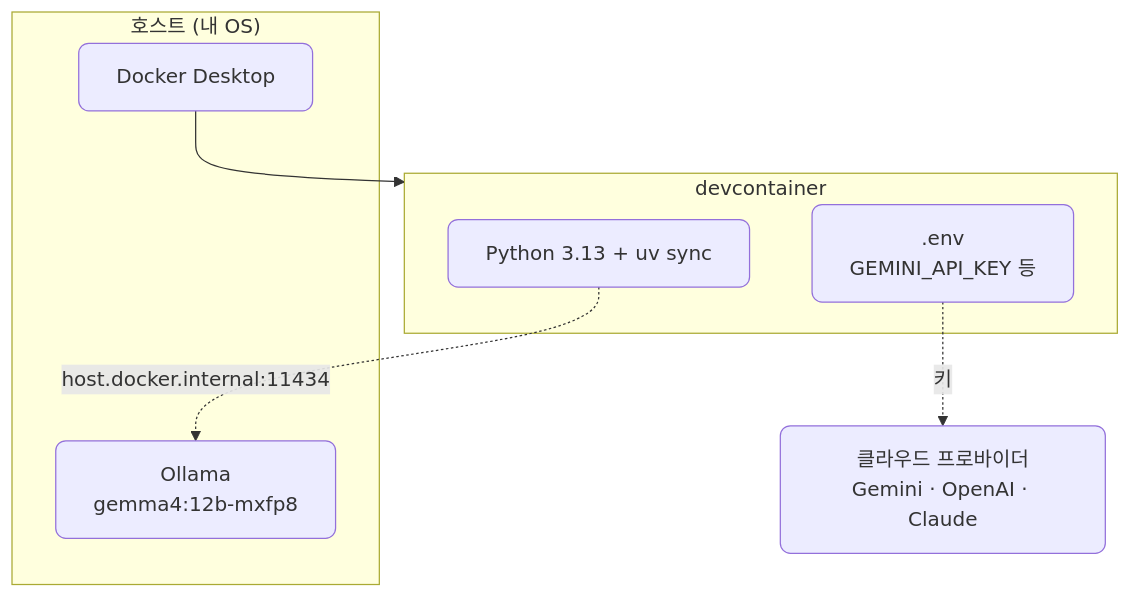
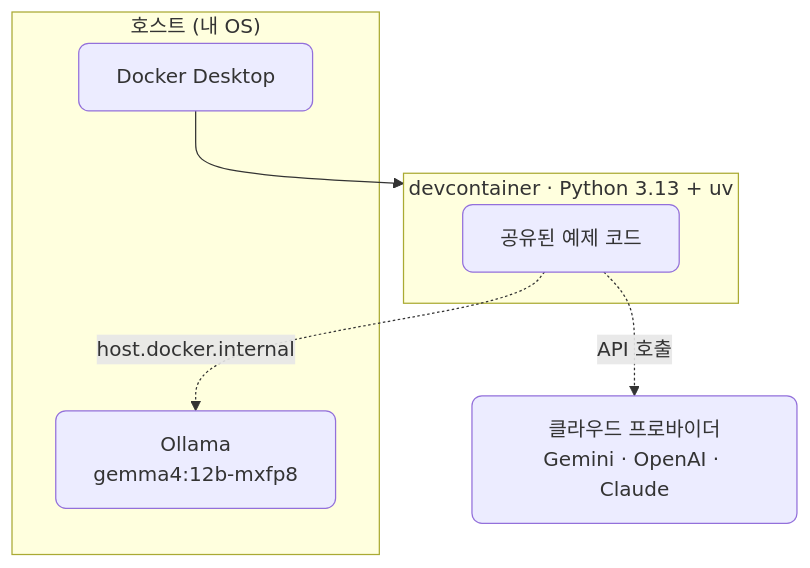
One commit to CodeCompose7/ai_service_engineering changed the first of 2 diagrams in docs/section1/lec01/README.md. Above: the diagram before and after it, drawn with Mermaid. The commit also changed other lines of this file and 9 other files, not shown here.

````diff
--- a/docs/section1/lec01/README.md
+++ b/docs/section1/lec01/README.md
@@ -11,15 +11,14 @@
 ```mermaid
 flowchart TD
   subgraph HOST["호스트 (내 OS)"]
     DK["Docker Desktop"]
     OLM["Ollama<br/>gemma4:12b-mxfp8"]
   end
-  subgraph DEV["devcontainer"]
-    PY["Python 3.13 + uv sync"]
-    ENVF[".env<br/>GEMINI_API_KEY 등"]
+  subgraph DEV["devcontainer · Python 3.13 + uv"]
+    CODE["공유된 예제 코드"]
   end
   DK --> DEV
-  ENVF -. 키 .-> CLOUD["클라우드 프로바이더<br/>Gemini · OpenAI · Claude"]
-  PY -. "host.docker.internal:11434" .-> OLM
+  CODE -. "host.docker.internal" .-> OLM
+  CODE -. "API 호출" .-> CLOUD["클라우드 프로바이더<br/>Gemini · OpenAI · Claude"]
   classDef default rx:8,ry:8;
 ```
````
